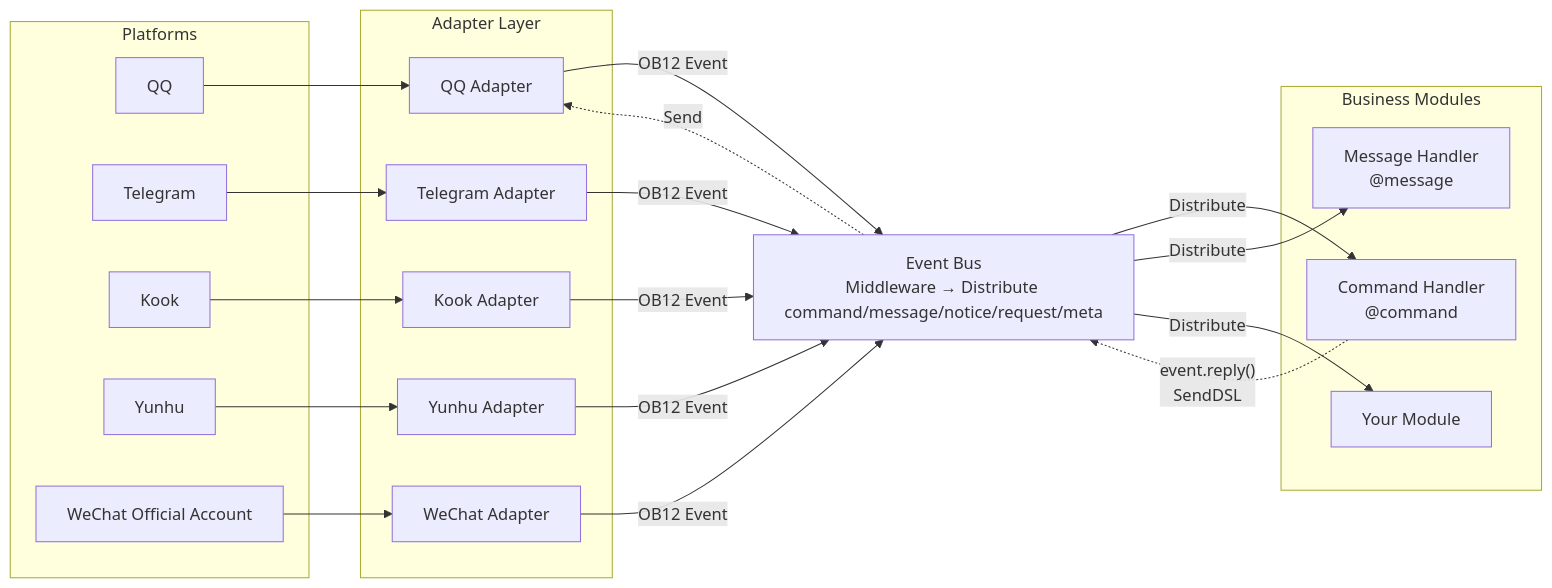
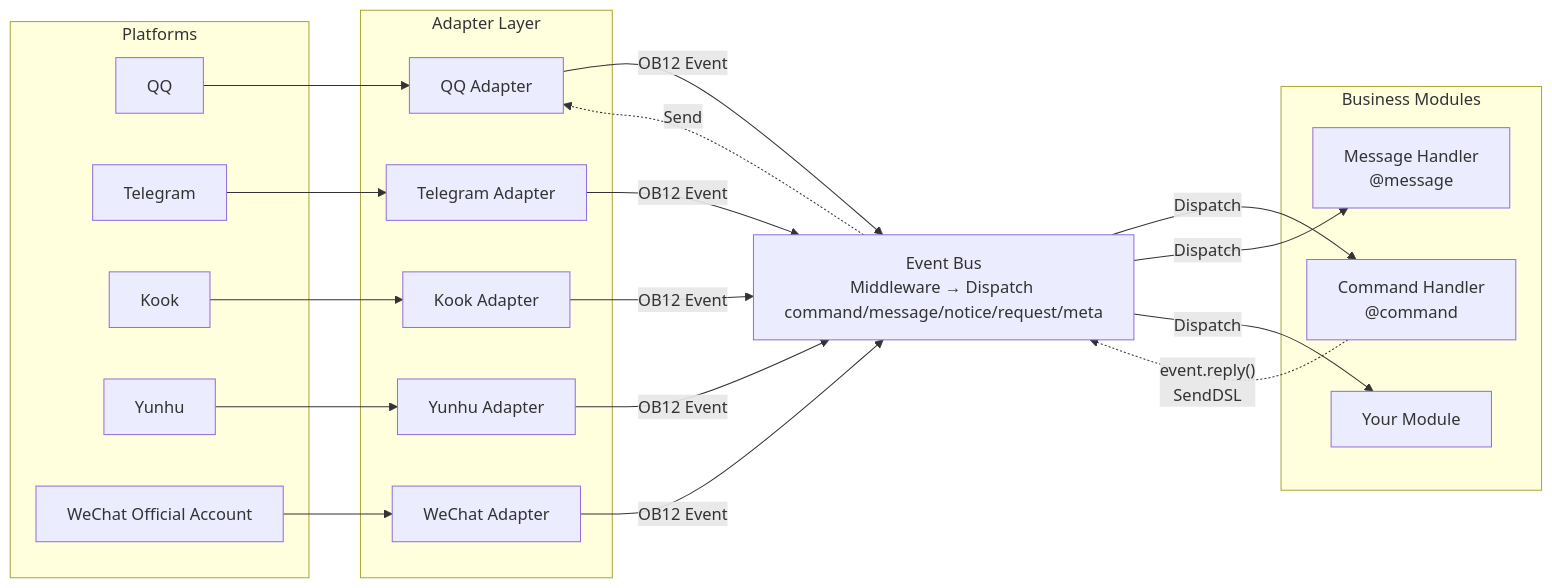
The first of 2 diagrams in README.md (ErisPulse/ErisPulse), drawn with Mermaid before and after one commit. The commit also changed other lines of this file and 7 other files, not shown here.

````diff
--- a/README.md
+++ b/README.md
@@ -112,45 +112,45 @@
 ```mermaid
 graph LR
     subgraph Platforms[Platforms]
         QQ["QQ"]
         TG["Telegram"]
         Kook["Kook"]
         YH["Yunhu"]
         WX["WeChat Official Account"]
     end
 
     subgraph Adapters[Adapter Layer]
         A1["QQ Adapter"]
         A2["Telegram Adapter"]
         A3["Kook Adapter"]
         A4["Yunhu Adapter"]
         A5["WeChat Adapter"]
     end
 
-    Event["Event Bus<br/>Middleware → Distribute command/message/notice/request/meta"]
+    Event["Event Bus<br/>Middleware → Dispatch command/message/notice/request/meta"]
 
     subgraph Modules[Business Modules]
         M1["Command Handler<br/>@command"]
         M2["Message Handler<br/>@message"]
         M3["Your Module"]
     end
 
     QQ --> A1
     TG --> A2
     Kook --> A3
     YH --> A4
     WX --> A5
 
     A1 -->|"OB12 Event"| Event
     A2 -->|"OB12 Event"| Event
     A3 -->|"OB12 Event"| Event
     A4 -->|"OB12 Event"| Event
     A5 -->|"OB12 Event"| Event
 
-    Event -->|"Distribute"| M1
-    Event -->|"Distribute"| M2
-    Event -->|"Distribute"| M3
+    Event -->|"Dispatch"| M1
+    Event -->|"Dispatch"| M2
+    Event -->|"Dispatch"| M3
 
     M1 -.->|"event.reply()<br/>SendDSL"| Event
     Event -.->|"Send"| A1
 ```
````
